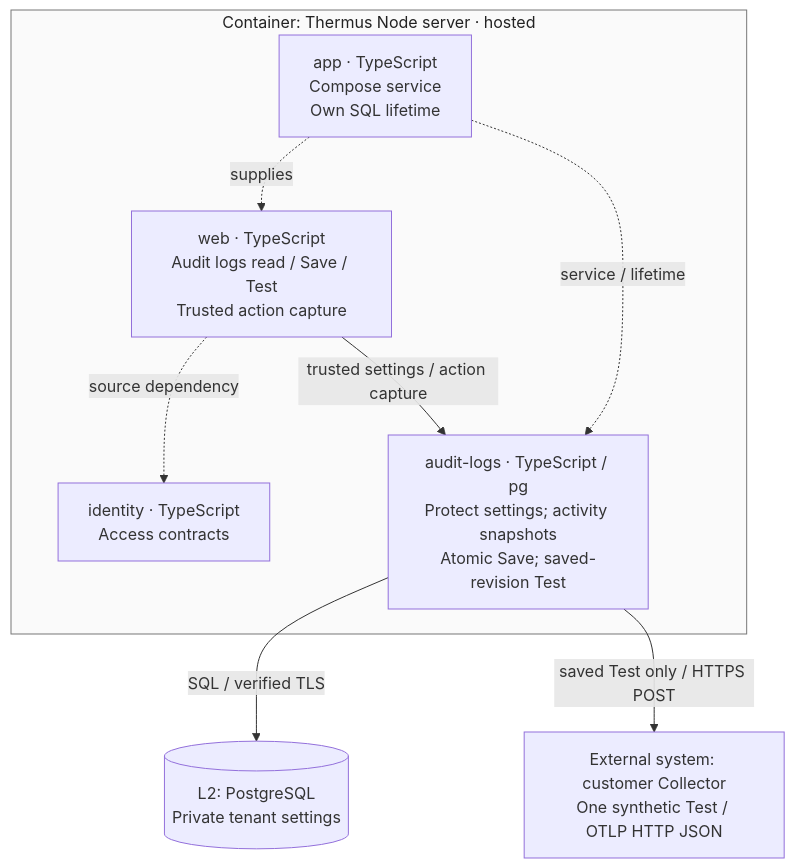
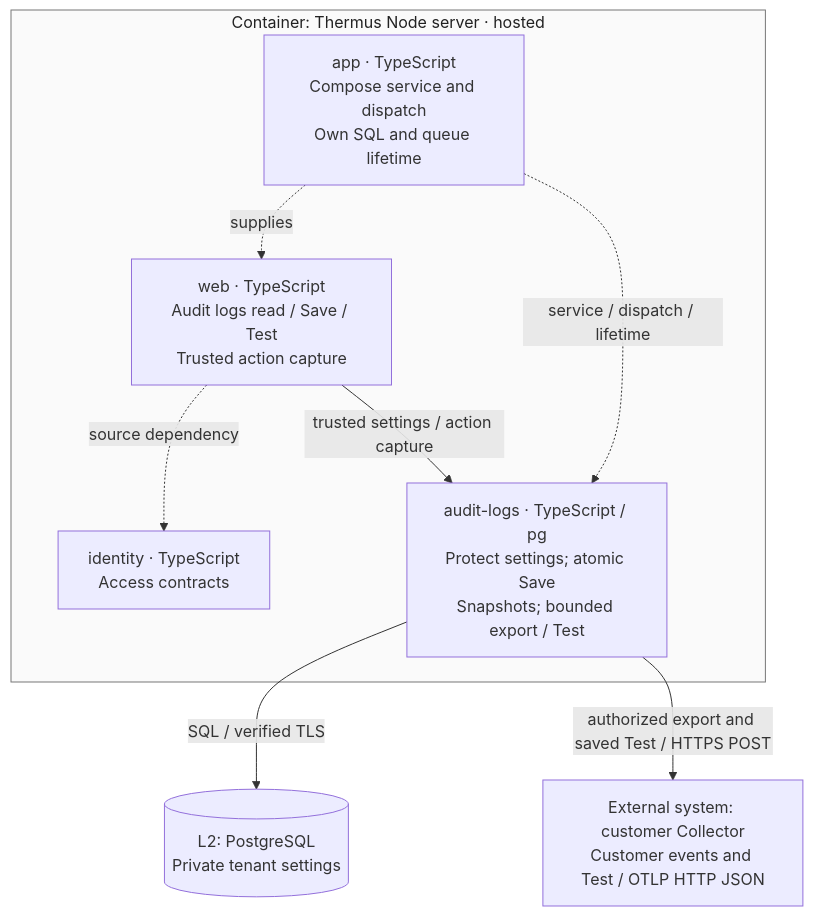
The sixth of 13 diagrams in architecture/components.md (tomer-mayara/Thermus), drawn with Mermaid before and after one commit. The commit also changed other lines of this file and 13 other files, not shown here.

First line of the commit message:
docs: record audit dispatch ownership and review evidence

````diff
--- a/architecture/components.md
+++ b/architecture/components.md
@@ -248,18 +249,18 @@
 ```mermaid
 flowchart TB
   subgraph storage_server["Container: Thermus Node server · hosted"]
-    storage_app["app · TypeScript<br/>Compose service<br/>Own SQL lifetime"]
+    storage_app["app · TypeScript<br/>Compose service and dispatch<br/>Own SQL and queue lifetime"]
     storage_web["web · TypeScript<br/>Audit logs read / Save / Test<br/>Trusted action capture"]
     storage_identity["identity · TypeScript<br/>Access contracts"]
-    storage_logging["audit-logs · TypeScript / pg<br/>Protect settings; activity snapshots<br/>Atomic Save; saved-revision Test"]
+    storage_logging["audit-logs · TypeScript / pg<br/>Protect settings; atomic Save<br/>Snapshots; bounded export / Test"]
   end
   storage_data[("L2: PostgreSQL<br/>Private tenant settings")]
-  storage_collector["External system: customer Collector<br/>One synthetic Test / OTLP HTTP JSON"]
+  storage_collector["External system: customer Collector<br/>Customer events and Test / OTLP HTTP JSON"]
   storage_app -.->|supplies| storage_web
-  storage_app -.->|service / lifetime| storage_logging
+  storage_app -.->|service / dispatch / lifetime| storage_logging
   storage_web -.->|source dependency| storage_identity
   storage_web -->|trusted settings / action capture| storage_logging
   storage_logging -->|SQL / verified TLS| storage_data
-  storage_logging -->|saved Test only / HTTPS POST| storage_collector
+  storage_logging -->|authorized export and saved Test / HTTPS POST| storage_collector
   style storage_server fill:#fafafa,stroke:#777777,color:#222
 ```
````
